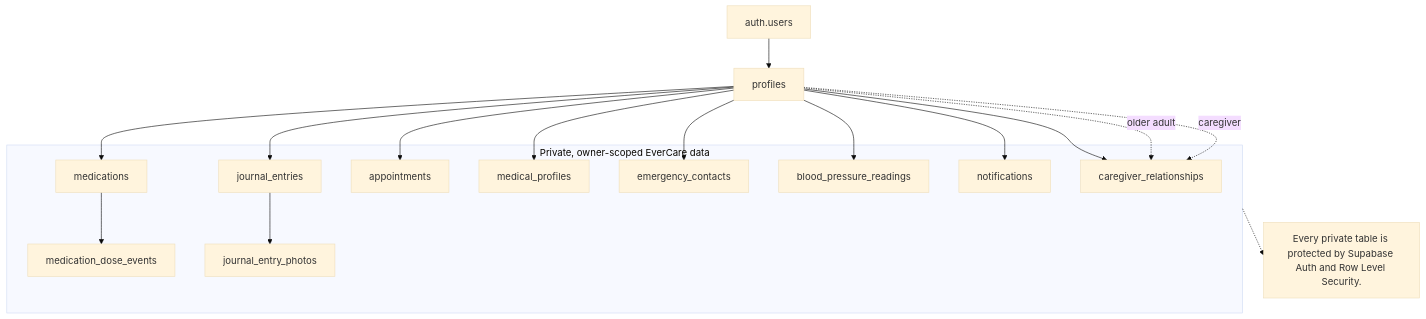
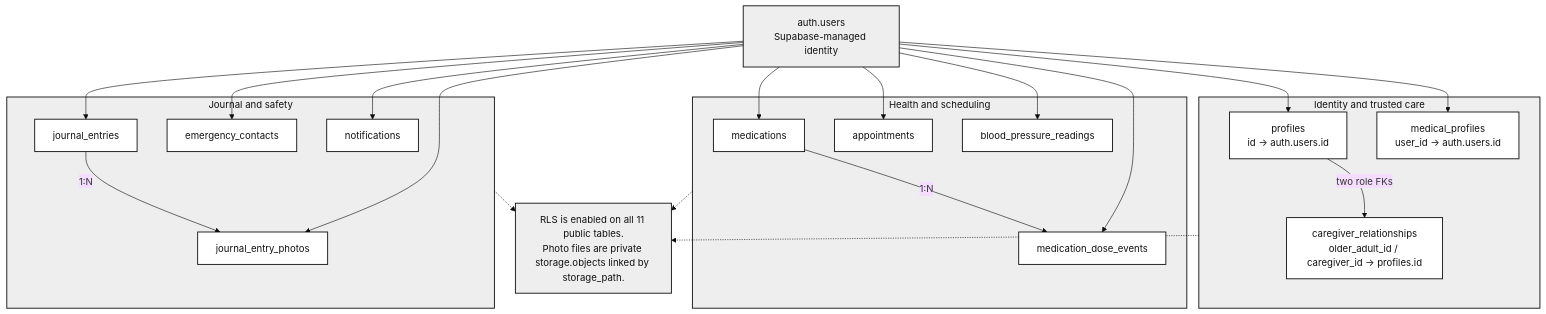
One commit to Brentttttttt/evercare changed the diagram in docs/week 6/database_schema_overview.mmd. Above: the diagram before and after it, drawn with Mermaid (base theme). The commit also changed 4202 other files, not shown here.

```diff
--- a/docs/week 6/database_schema_overview.mmd
+++ b/docs/week 6/database_schema_overview.mmd
@@ -1,32 +1,48 @@
+%% Editable monochrome summary. The print-ready PNG is generated by
+%% docs/system_documentation/generate_diagrams.py.
 flowchart TB
-  auth[auth.users] --> profiles[profiles]
+  auth[auth.users<br/>Supabase-managed identity]
 
-  subgraph privateData[Private, owner-scoped EverCare data]
-    medical[medical_profiles]
+  subgraph identity[Identity and trusted care]
+    profiles[profiles<br/>id → auth.users.id]
+    medical[medical_profiles<br/>user_id → auth.users.id]
+    care[caregiver_relationships<br/>older_adult_id / caregiver_id → profiles.id]
+    profiles -->|two role FKs| care
+  end
+
+  subgraph health[Health and scheduling]
     medications[medications]
     doses[medication_dose_events]
     appointments[appointments]
-    journals[journal_entries]
+    bp[blood_pressure_readings]
+    medications -->|1:N| doses
+  end
+
+  subgraph journal[Journal and safety]
+    entries[journal_entries]
     photos[journal_entry_photos]
     contacts[emergency_contacts]
-    bp[blood_pressure_readings]
     notifications[notifications]
-    care[caregiver_relationships]
+    entries -->|1:N| photos
   end
 
-  profiles --> medical
-  profiles --> medications
-  profiles --> appointments
-  profiles --> journals
-  profiles --> contacts
-  profiles --> bp
-  profiles --> notifications
-  profiles --> care
+  auth --> profiles
+  auth --> medical
+  auth --> medications
+  auth --> doses
+  auth --> appointments
+  auth --> bp
+  auth --> entries
+  auth --> photos
+  auth --> contacts
+  auth --> notifications
 
-  medications --> doses
-  journals --> photos
-  profiles -. older adult .-> care
-  profiles -. caregiver .-> care
+  note[RLS is enabled on all 11 public tables.<br/>Photo files are private storage.objects linked by storage_path.]
+  identity -.-> note
+  health -.-> note
+  journal -.-> note
 
-  note[Every private table is protected by Supabase Auth and Row Level Security.]
-  privateData -.-> note
+  classDef bw fill:#ffffff,stroke:#111111,color:#111111,stroke-width:1.5px;
+  classDef managed fill:#eeeeee,stroke:#111111,color:#111111,stroke-width:1.5px;
+  class auth,identity,health,journal,note managed;
+  class profiles,medical,care,medications,doses,appointments,bp,entries,photos,contacts,notifications bw;
```
